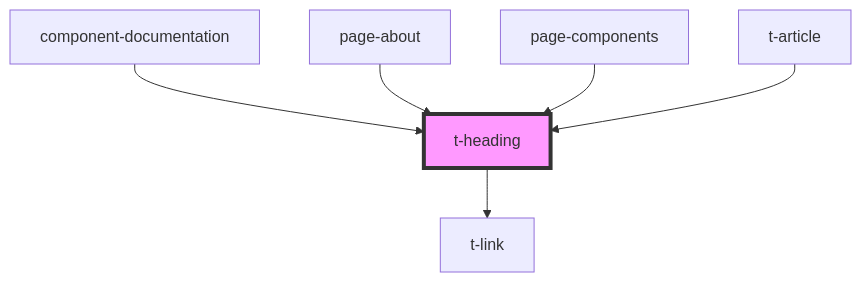
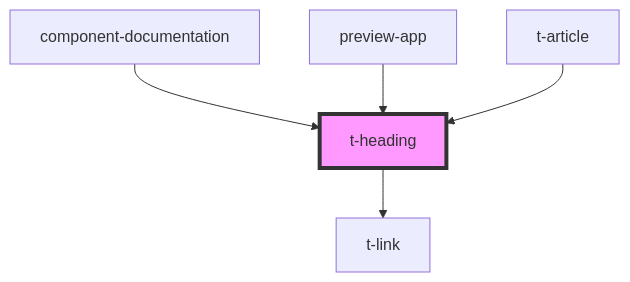
The diagram in packages/t-web-components/src/components/t-heading/readme.md (TomasEng/web-components), drawn with Mermaid before and after one commit. The commit also changed other lines of this file and 37 other files, not shown here.

````diff
--- a/packages/t-web-components/src/components/t-heading/readme.md
+++ b/packages/t-web-components/src/components/t-heading/readme.md
@@ -29,9 +28,8 @@
 ```mermaid
 graph TD;
   t-heading --> t-link
   component-documentation --> t-heading
-  page-about --> t-heading
-  page-components --> t-heading
+  preview-app --> t-heading
   t-article --> t-heading
   style t-heading fill:#f9f,stroke:#333,stroke-width:4px
 ```
````
